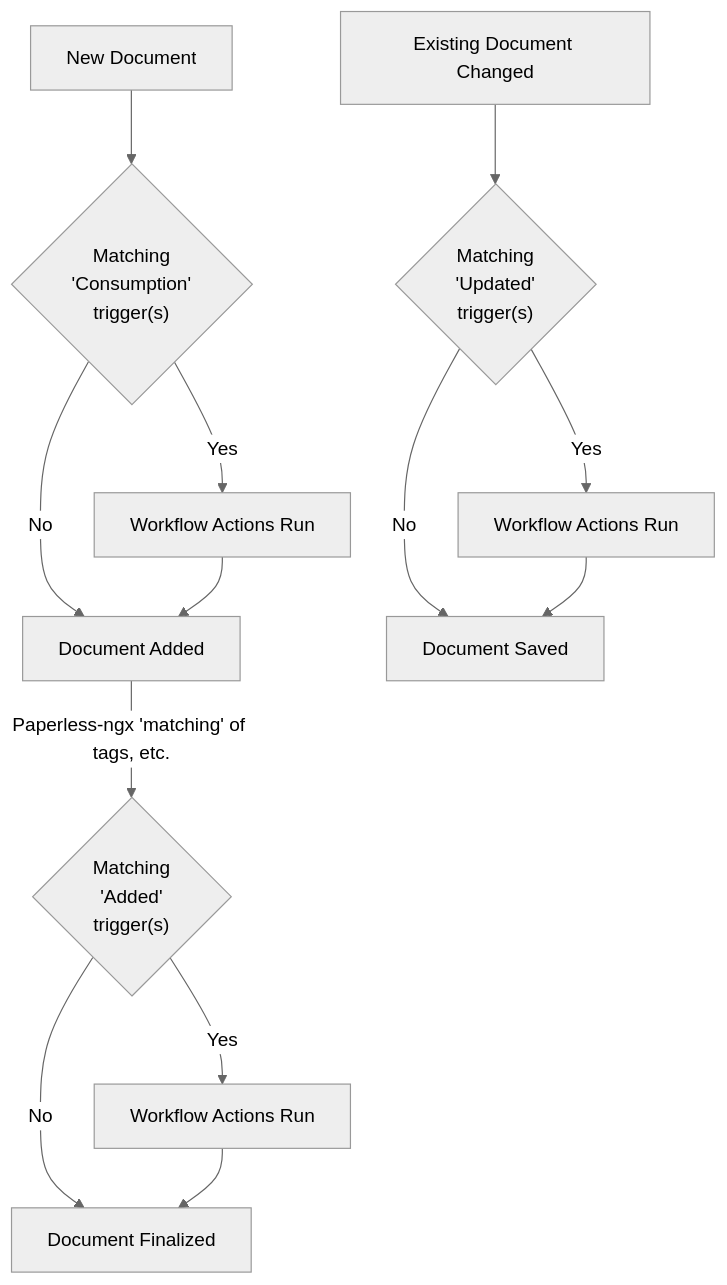
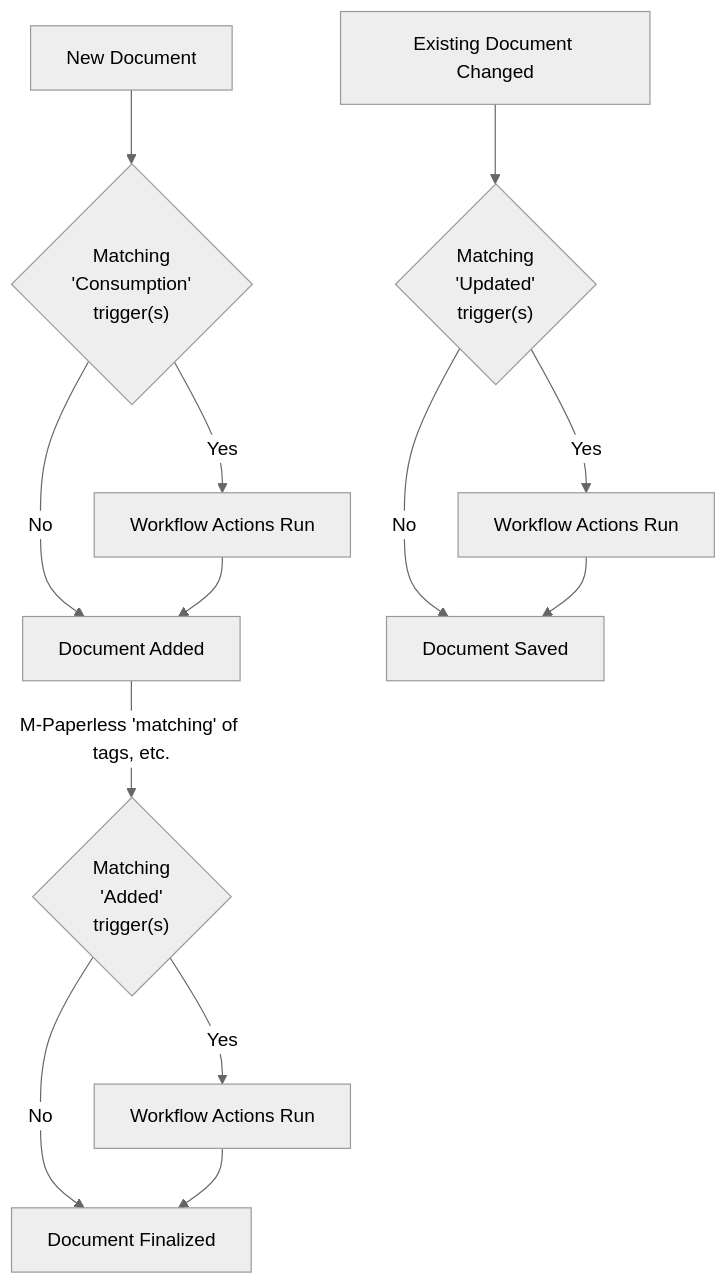
One commit to mufkuw/m-paperless changed the diagram in docs/usage.md. Above: the diagram before and after it, drawn with Mermaid (neutral theme). The commit also changed other lines of this file and 131 other files, not shown here.

````diff
--- a/docs/usage.md
+++ b/docs/usage.md
@@ -388,27 +388,27 @@
 ```mermaid
 flowchart TD
     consumption{"Matching
     'Consumption'
     trigger(s)"}
 
     added{"Matching
     'Added'
     trigger(s)"}
 
     updated{"Matching
     'Updated'
     trigger(s)"}
 
     A[New Document] --> consumption
     consumption --> |Yes| C[Workflow Actions Run]
     consumption --> |No| D
     C --> D[Document Added]
-    D -- Paperless-ngx 'matching' of tags, etc. --> added
+    D -- M-Paperless 'matching' of tags, etc. --> added
     added --> |Yes| F[Workflow Actions Run]
     added --> |No| G
     F --> G[Document Finalized]
     H[Existing Document Changed] --> updated
     updated --> |Yes| J[Workflow Actions Run]
     updated --> |No| K
     J --> K[Document Saved]
 ```
````
